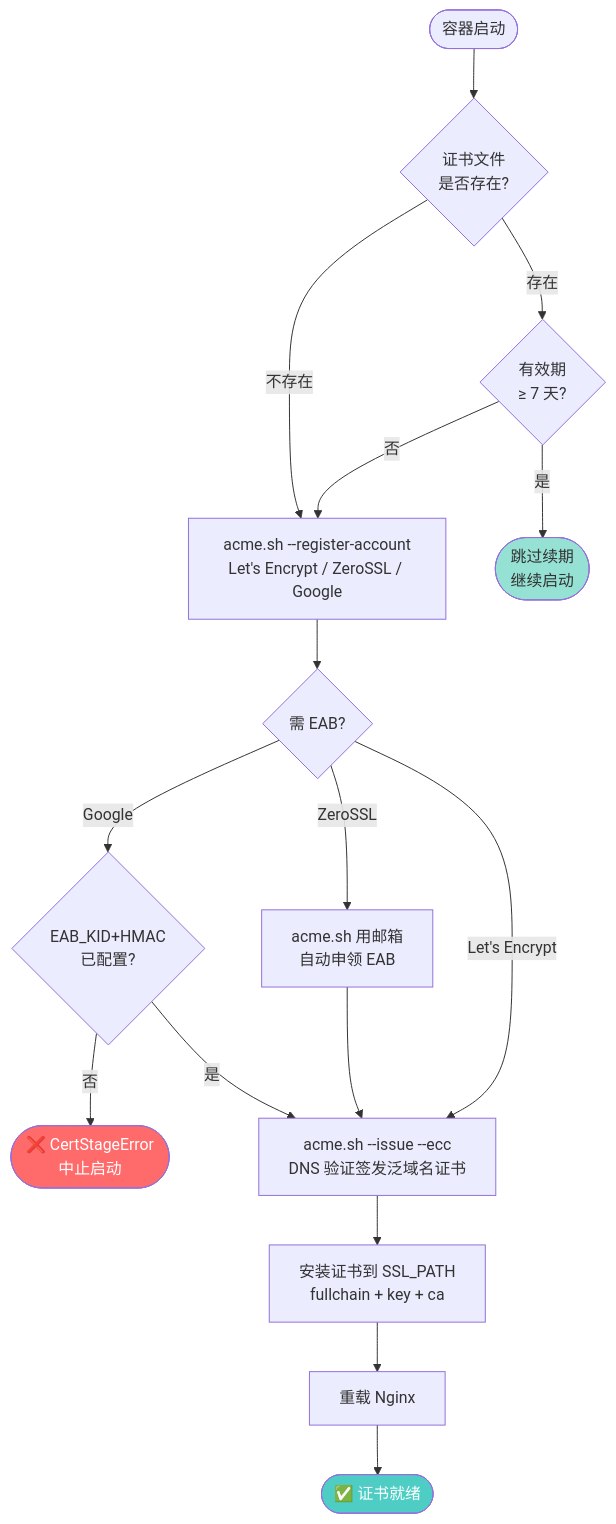
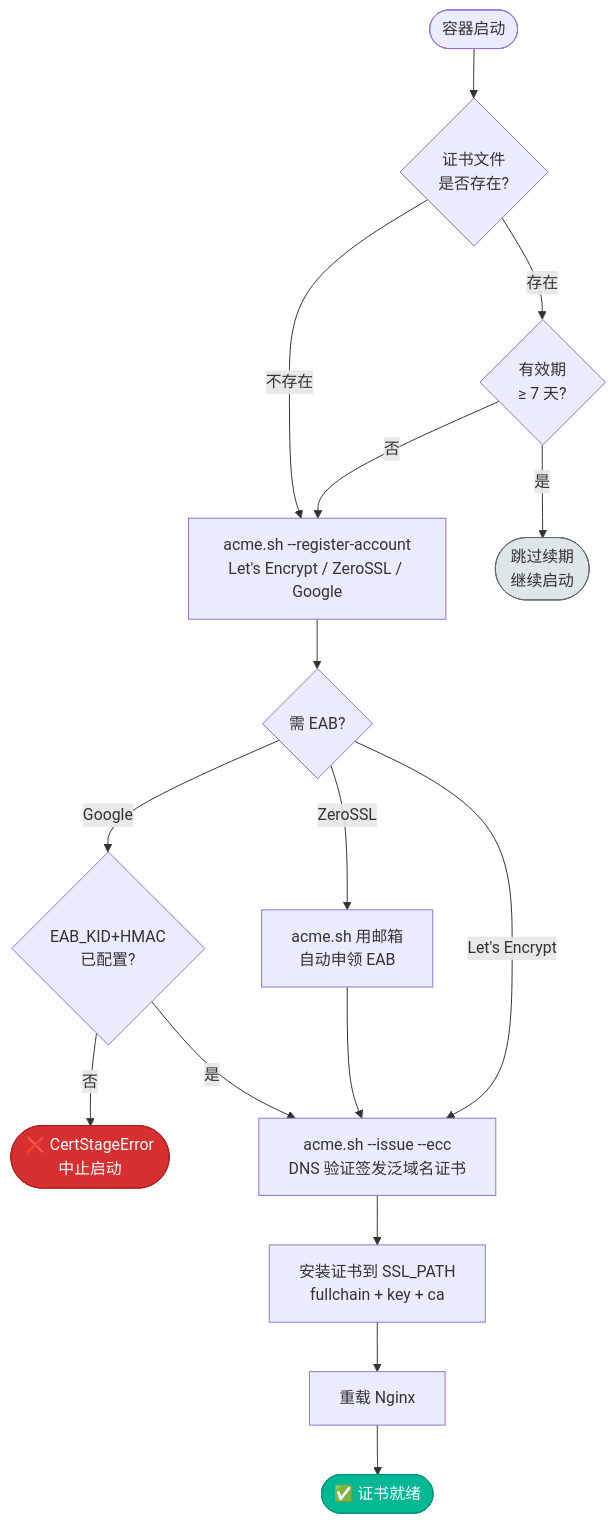
Diagram 17 of 17 in docs/02-protocols-and-security.md (currycan/sb-xray), drawn with Mermaid before and after one commit. The commit also changed other lines of this file and 5 other files, not shown here.

````diff
--- a/docs/02-protocols-and-security.md
+++ b/docs/02-protocols-and-security.md
@@ -896,23 +896,23 @@
 ```mermaid
 flowchart TD
     Start([容器启动]) --> CheckExist{证书文件<br/>是否存在?}
     CheckExist -- 不存在 --> Register
     CheckExist -- 存在 --> CheckExpiry{有效期<br/>≥ 7 天?}
     CheckExpiry -- 是 --> Skip([跳过续期<br/>继续启动])
     CheckExpiry -- 否 --> Register
 
     Register[acme.sh --register-account<br/>Let's Encrypt / ZeroSSL / Google] --> EAB{需 EAB?}
     EAB -- Google --> EABCheck{EAB_KID+HMAC<br/>已配置?}
     EABCheck -- 否 --> Error([❌ CertStageError<br/>中止启动])
     EABCheck -- 是 --> Issue
     EAB -- ZeroSSL --> AutoEAB[acme.sh 用邮箱<br/>自动申领 EAB]
     AutoEAB --> Issue
     EAB -- Let's Encrypt --> Issue
 
     Issue[acme.sh --issue --ecc<br/>DNS 验证签发泛域名证书] --> Install[安装证书到 SSL_PATH<br/>fullchain + key + ca]
     Install --> Reload[重载 Nginx] --> Done([✅ 证书就绪])
 
-    style Error fill:#ff6b6b,color:white
-    style Done fill:#4ecdc4,color:white
-    style Skip fill:#95e1d3
+    style Error fill:#d63031,stroke:#b71c1c,color:#fff
+    style Done fill:#00b894,stroke:#009577,color:#fff
+    style Skip fill:#dfe6e9,stroke:#636e72,color:#333
 ```
````
